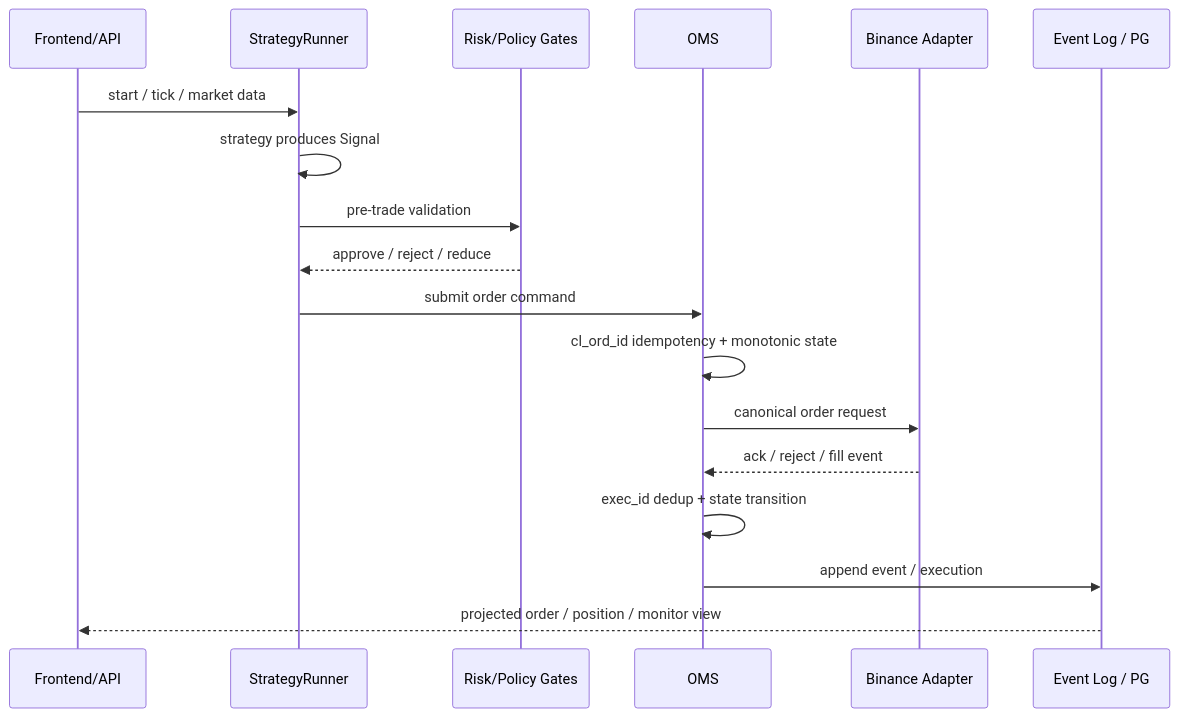
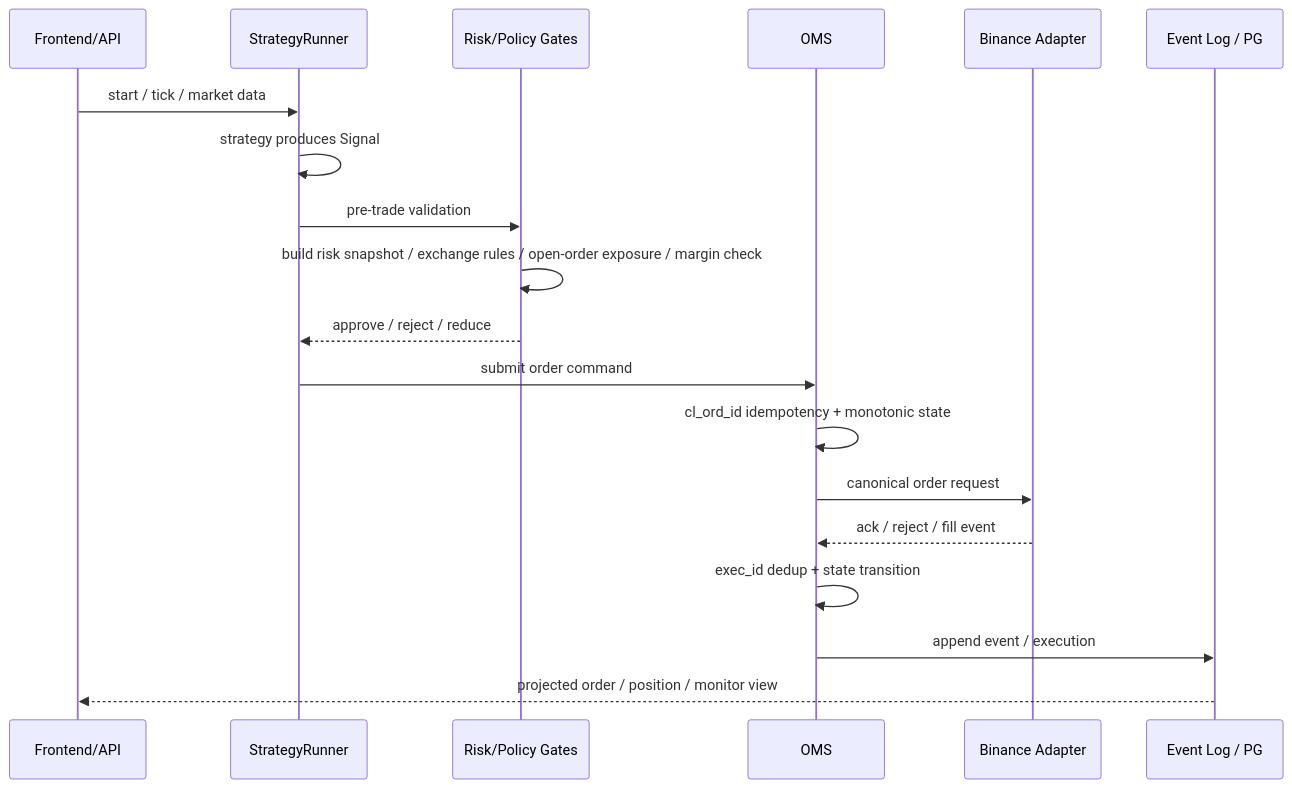
The third of 6 diagrams in docs/PROJECT_ARCHITECTURE.md (xiaomiaoalex/quant_trading_system), drawn with Mermaid before and after one commit. The commit also changed other lines of this file and 5 other files, not shown here.

````diff
--- a/docs/PROJECT_ARCHITECTURE.md
+++ b/docs/PROJECT_ARCHITECTURE.md
@@ -118,21 +122,22 @@
 ```mermaid
 sequenceDiagram
     participant FE as Frontend/API
     participant Runner as StrategyRunner
     participant Policy as Risk/Policy Gates
     participant OMS as OMS
     participant Broker as Binance Adapter
     participant Store as Event Log / PG
 
     FE->>Runner: start / tick / market data
     Runner->>Runner: strategy produces Signal
     Runner->>Policy: pre-trade validation
+    Policy->>Policy: build risk snapshot / exchange rules / open-order exposure / margin check
     Policy-->>Runner: approve / reject / reduce
     Runner->>OMS: submit order command
     OMS->>OMS: cl_ord_id idempotency + monotonic state
     OMS->>Broker: canonical order request
     Broker-->>OMS: ack / reject / fill event
     OMS->>OMS: exec_id dedup + state transition
     OMS->>Store: append event / execution
     Store-->>FE: projected order / position / monitor view
 ```
````
